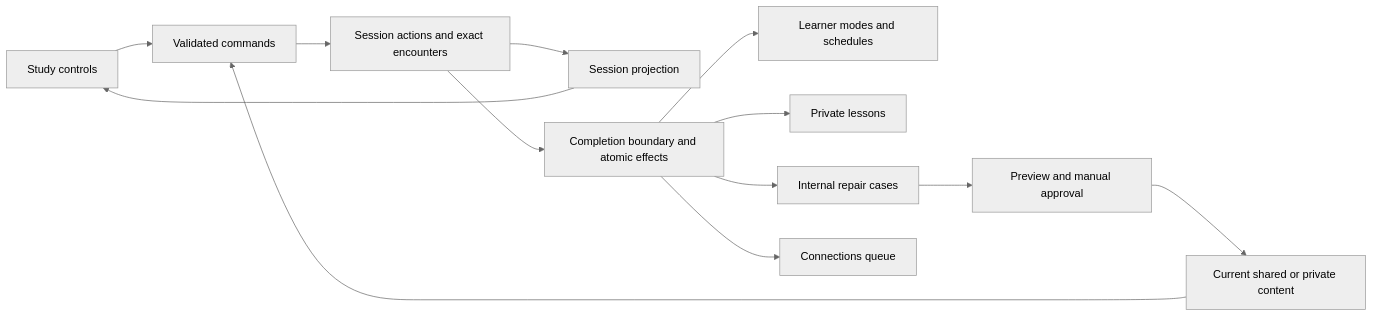
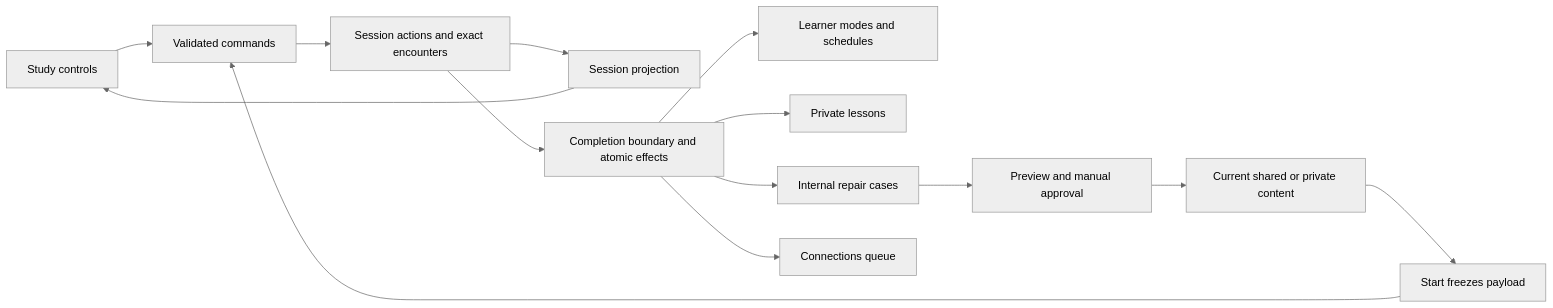
The diagram in docs/vocabulary-learning.md (swimj/chinese-study-app), drawn with Mermaid (neutral theme) before and after one commit. The commit also changed other lines of this file and 28 other files, not shown here.

````diff
--- a/docs/vocabulary-learning.md
+++ b/docs/vocabulary-learning.md
@@ -23,15 +23,16 @@
 ```mermaid
 flowchart LR
   UI[Study controls] --> Commands[Validated commands]
   Commands --> Log[Session actions and exact encounters]
   Log --> Projection[Session projection]
   Projection --> UI
   Log --> Closure[Completion boundary and atomic effects]
   Closure --> State[Learner modes and schedules]
   Closure --> Feedback[Private lessons]
   Closure --> Repair[Internal repair cases]
   Closure --> Connections[Connections queue]
   Repair --> Operator[Preview and manual approval]
   Operator --> Content[Current shared or private content]
-  Content --> Commands
+  Content --> Start[Start freezes payload]
+  Start --> Commands
 ```
````
